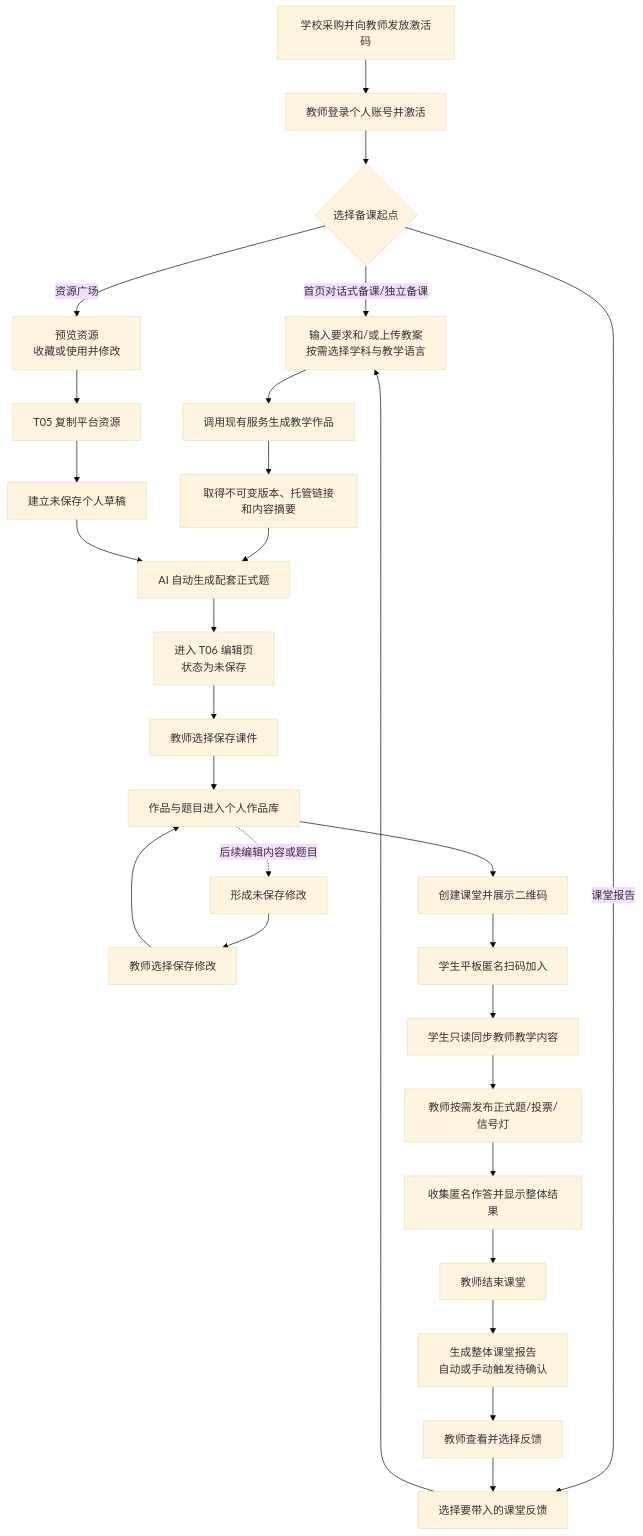
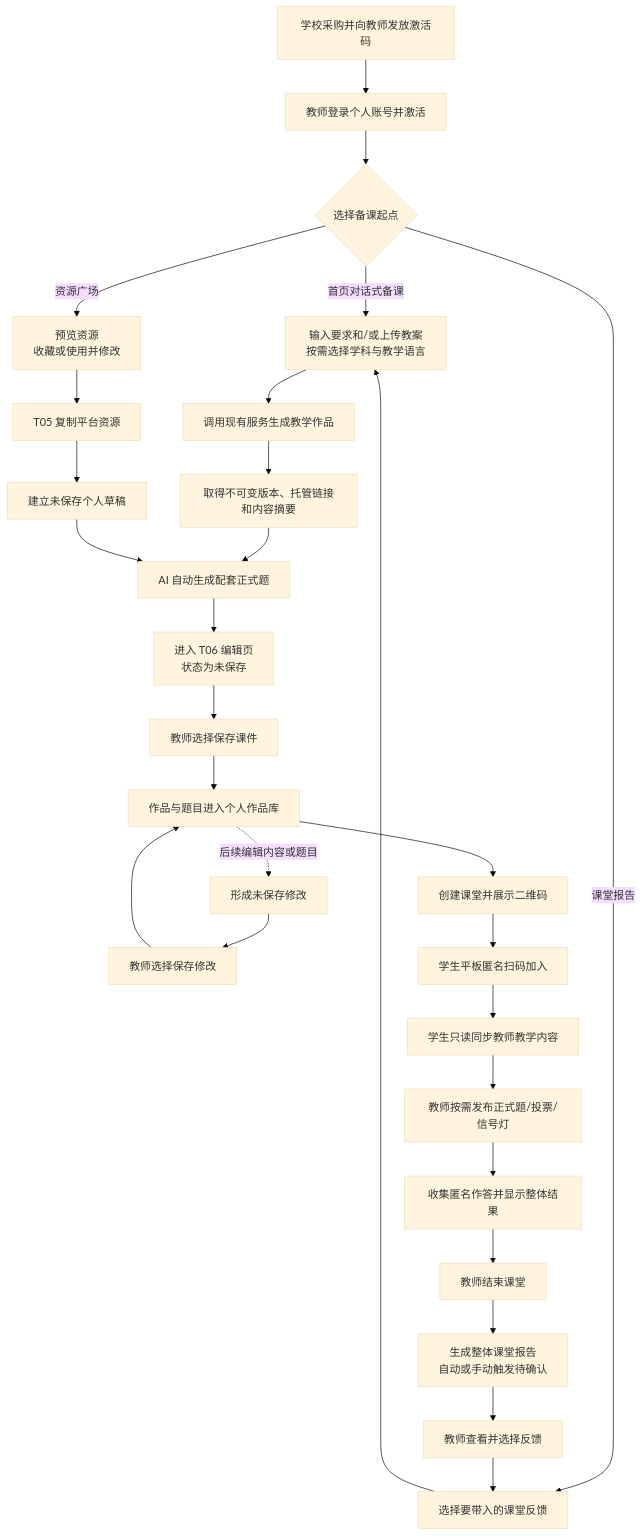
One commit to AlettaOkori/Hongkong-K12 changed the second of 6 diagrams in teeko-prd.md. Above: the diagram before and after it, drawn with Mermaid (base theme). The commit also changed other lines of this file and 7 other files, not shown here.

````diff
--- a/teeko-prd.md
+++ b/teeko-prd.md
@@ -244,30 +243,30 @@
 ```mermaid
 flowchart TD
     A[学校采购并向教师发放激活码] --> B[教师登录个人账号并激活]
     B --> C{选择备课起点}
-    C -->|首页对话式备课/独立备课| D[输入要求和/或上传教案\n按需选择学科与教学语言]
+    C -->|首页对话式备课| D[输入要求和/或上传教案\n按需选择学科与教学语言]
     C -->|资源广场| E[预览资源\n收藏或使用并修改]
     C -->|课堂报告| F[选择要带入的课堂反馈]
     E --> G[T05 复制平台资源]
     F --> D
     D --> H[调用现有服务生成教学作品]
     G --> G2[建立未保存个人草稿]
     H --> I[取得不可变版本、托管链接和内容摘要]
     I --> J[AI 自动生成配套正式题]
     G2 --> J
     J --> K[进入 T06 编辑页\n状态为未保存]
     K --> L[教师选择保存课件]
     L --> M[作品与题目进入个人作品库]
     M -.后续编辑内容或题目.-> M2[形成未保存修改]
     M2 --> M3[教师选择保存修改]
     M3 --> M
     M --> N[创建课堂并展示二维码]
     N --> O[学生平板匿名扫码加入]
     O --> P[学生只读同步教师教学内容]
     P --> Q[教师按需发布正式题/投票/信号灯]
     Q --> R[收集匿名作答并显示整体结果]
     R --> S[教师结束课堂]
     S --> T[生成整体课堂报告\n自动或手动触发待确认]
     T --> U[教师查看并选择反馈]
     U --> F
 ```
````
